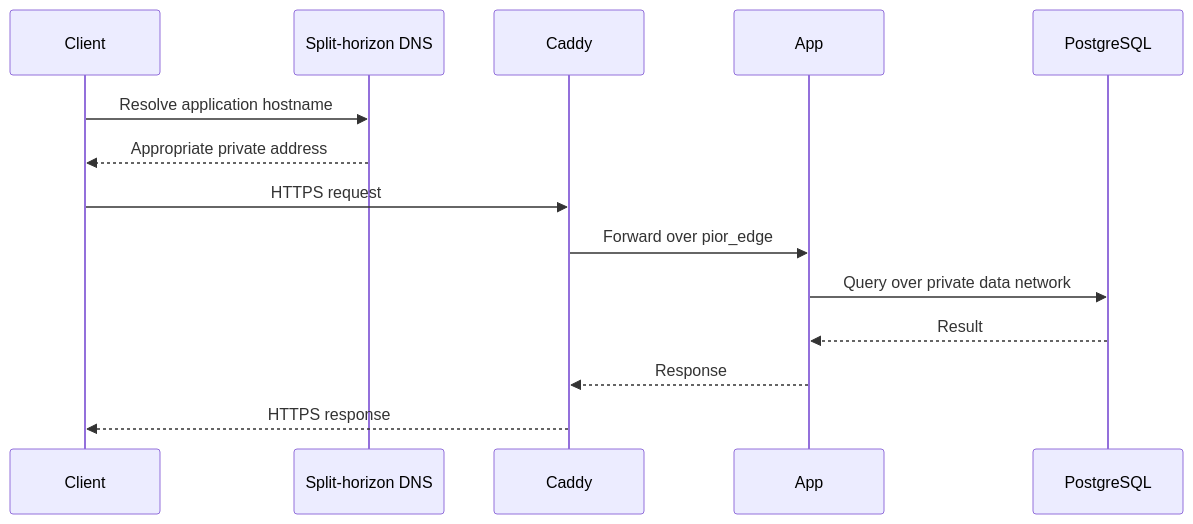
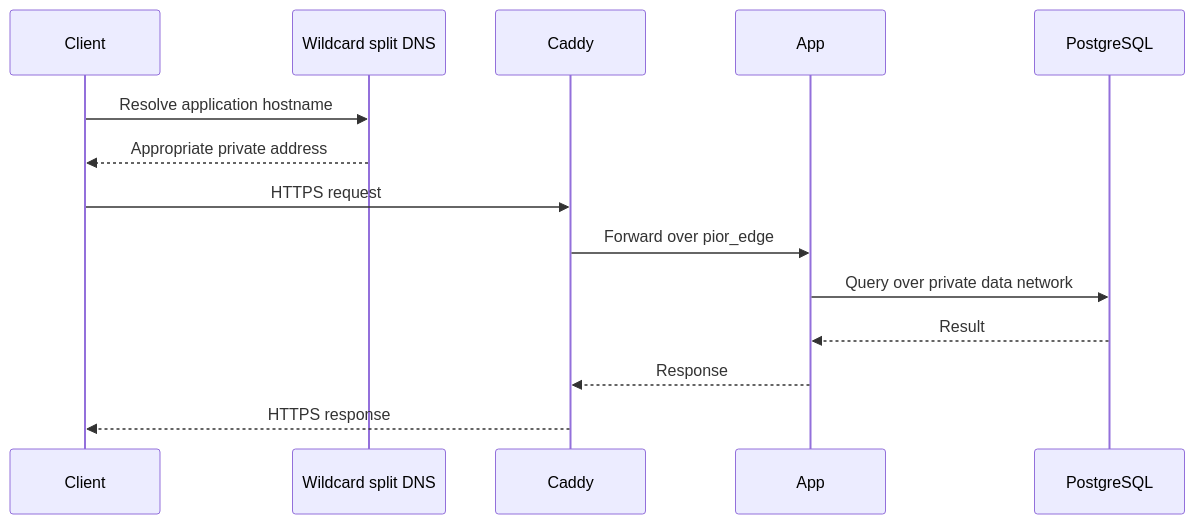
Before and after one commit to pior-labs/platform: the diagram in docs/networking.md, drawn with Mermaid. The commit also changed other lines of this file, not shown here.

Commit message:
docs(networking): define wildcard hostname resolution

````diff
--- a/docs/networking.md
+++ b/docs/networking.md
@@ -72,17 +72,17 @@
 ```mermaid
 sequenceDiagram
     participant Client
-    participant DNS as Split-horizon DNS
+    participant DNS as Wildcard split DNS
     participant Caddy
     participant App
     participant DB as PostgreSQL
 
     Client->>DNS: Resolve application hostname
     DNS-->>Client: Appropriate private address
     Client->>Caddy: HTTPS request
     Caddy->>App: Forward over pior_edge
     App->>DB: Query over private data network
     DB-->>App: Result
     App-->>Caddy: Response
     Caddy-->>Client: HTTPS response
 ```
````
